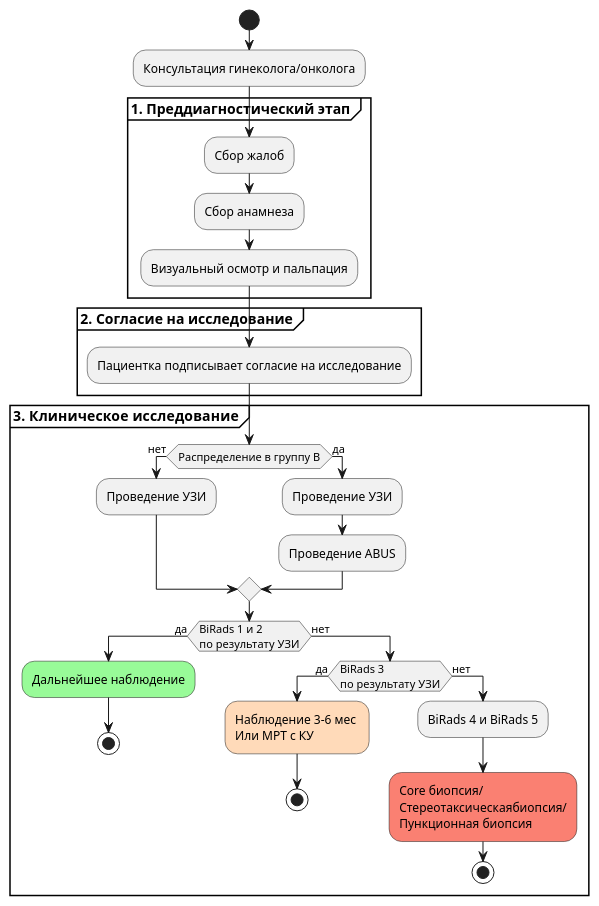
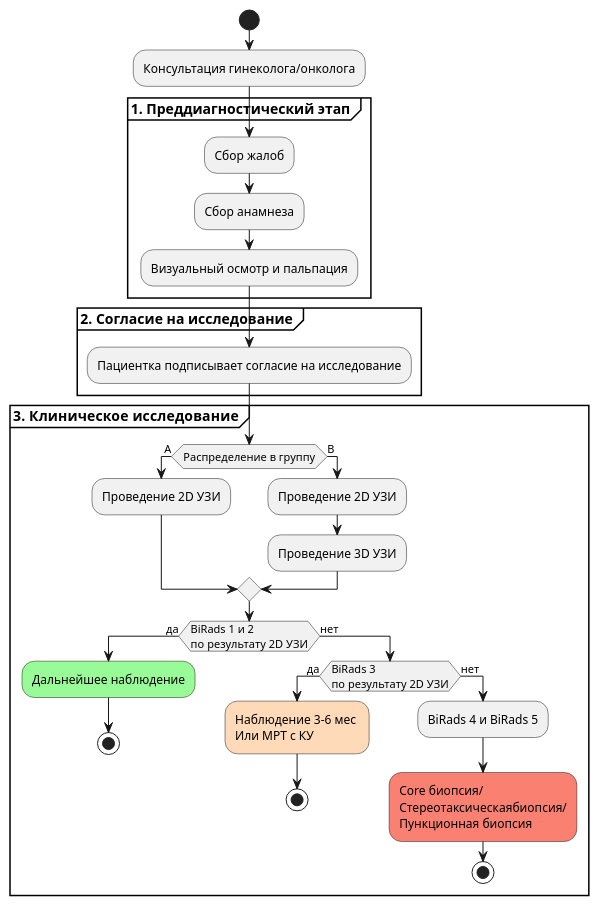
Before and after one commit to AndreyPovaliy/ABUS_US_diagnostics: the diagram in Text_work/Articles/Junior_Abus_Accur/sheme1.puml, drawn with PlantUML. The commit also changed 137 other files, not shown here.

```diff
--- a/Text_work/Articles/Junior_Abus_Accur/sheme1.puml
+++ b/Text_work/Articles/Junior_Abus_Accur/sheme1.puml
@@ -1,40 +1,35 @@
 @startuml
 start
 :Консультация гинеколога/онколога;
 group <b>1. Преддиагностический этап </b>
 :Сбор жалоб;
 :Сбор анамнеза;
 :Визуальный осмотр и пальпация;
 end group
 group <b>2. Согласие на исследование </b>
 :Пациентка подписывает согласие на исследование;
 end group
 
 group <b>3.  Клиническое исследование </b>
-if (Распределение в группу B) then (нет)
-:Проведение УЗИ;
+if (Распределение в группу) then (А)
+:Проведение 2D УЗИ;
 
+else(B)
 
-
-
-
-else(да)
-
-:Проведение УЗИ;
-
-:Проведение ABUS;
+:Проведение 2D УЗИ;
+:Проведение 3D УЗИ;
 
 endif
 
-if (BiRads 1 и 2 \nпо результату УЗИ) then (да)
+if (BiRads 1 и 2 \nпо результату 2D УЗИ) then (да)
 #palegreen:Дальнейшее наблюдение;
 stop
 else(нет)
-if  (BiRads 3 \nпо результату УЗИ) then (да)
+if  (BiRads 3 \nпо результату 2D УЗИ) then (да)
 #PeachPuff:Наблюдение 3-6 мес \nИли МРТ с КУ;
 stop
 else(нет)
 :BiRads 4 и BiRads 5; 
 #salmon:Core биопсия/\nСтереотаксическаябиопсия/\nПункционная биопсия;
 stop
 @endumll
```
